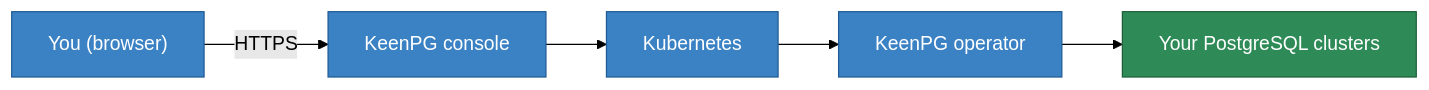
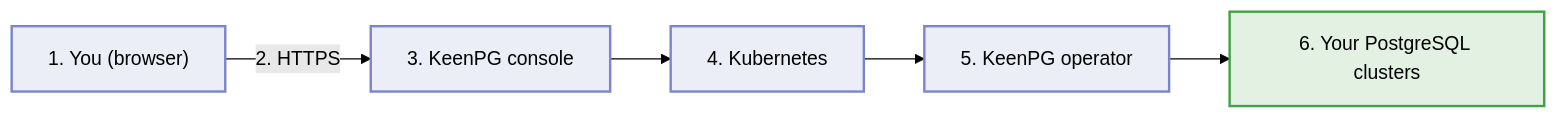
The first of 8 diagrams in docs/console.md (AdityaPanchall/keenpg-documentation), drawn with Mermaid (forest theme) before and after one commit. The commit also changed other lines of this file and 8 other files, not shown here.

Commit message:
Update KeenPGO console documentation

````diff
--- a/docs/console.md
+++ b/docs/console.md
@@ -106,12 +80,12 @@
 ```mermaid
 flowchart LR
-    U["You (browser)"] -->|"HTTPS"| C["KeenPG console"]
-    C --> K["Kubernetes"]
-    K --> O["KeenPG operator"]
-    O --> PG["Your PostgreSQL clusters"]
+    U["1. You (browser)"] -->|"2. HTTPS"| C["3. KeenPG console"]
+    C --> K["4. Kubernetes"]
+    K --> O["5. KeenPG operator"]
+    O --> PG["6. Your PostgreSQL clusters"]
 
-    classDef step fill:#3b82c4,stroke:#1e5a94,color:#fff
-    classDef ok fill:#2e8b57,stroke:#1c5e3a,color:#fff
+    classDef step fill:#7986cb26,stroke:#7986cb,stroke-width:2px
+    classDef ok fill:#43a04726,stroke:#43a047,stroke-width:2px
     class U,C,K,O step
     class PG ok
 ```
````
